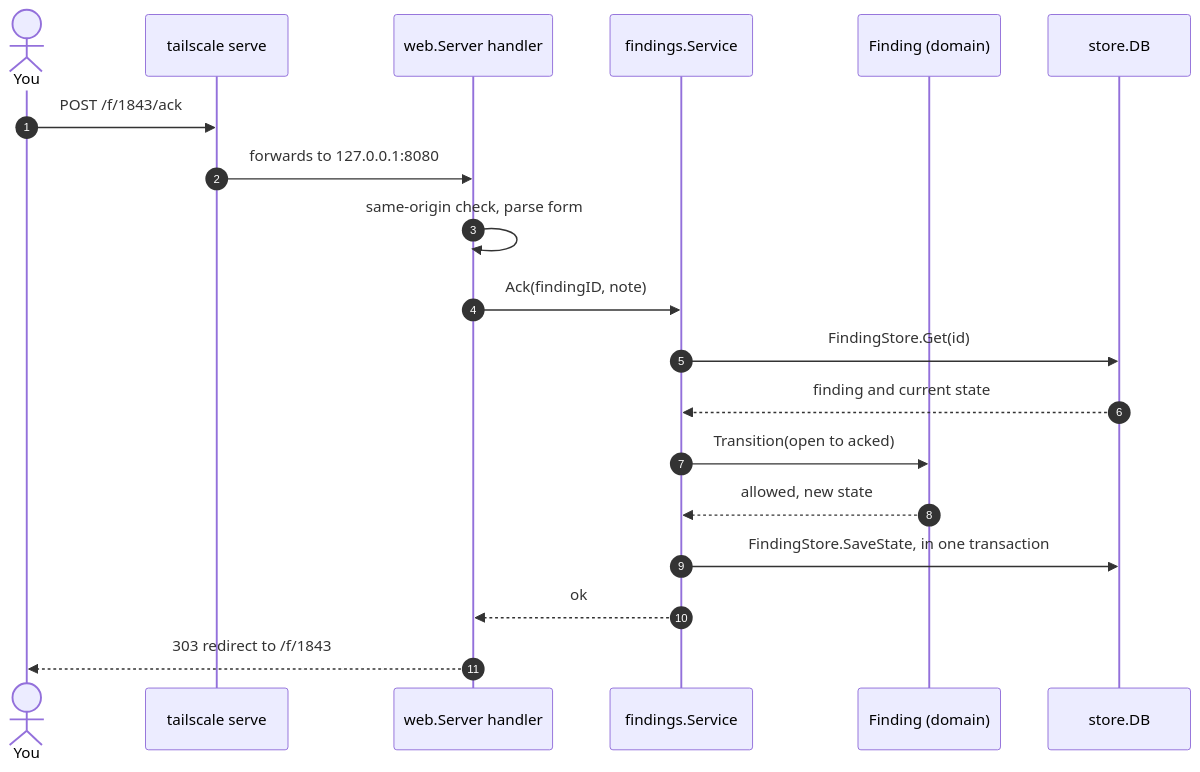
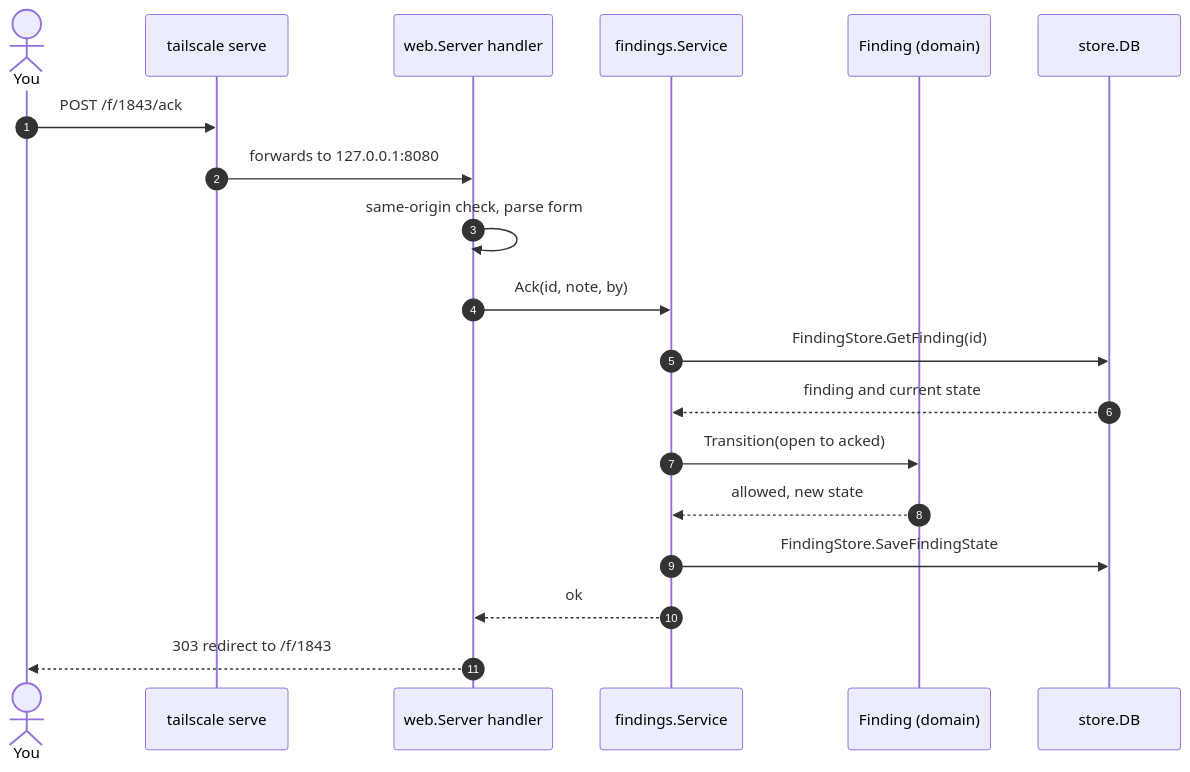
Before and after one commit to Amrit-Code/upstreamwatch: the third of 4 diagrams in docs/architecture.md, drawn with Mermaid. The commit also changed other lines of this file and 7 other files, not shown here.

````diff
--- a/docs/architecture.md
+++ b/docs/architecture.md
@@ -233,21 +239,21 @@
 ```mermaid
 sequenceDiagram
   autonumber
   actor You
   participant TS as tailscale serve
   participant H as web.Server handler
   participant F as findings.Service
   participant D as Finding (domain)
   participant S as store.DB
   You->>TS: POST /f/1843/ack
   TS->>H: forwards to 127.0.0.1:8080
   H->>H: same-origin check, parse form
-  H->>F: Ack(findingID, note)
-  F->>S: FindingStore.Get(id)
+  H->>F: Ack(id, note, by)
+  F->>S: FindingStore.GetFinding(id)
   S-->>F: finding and current state
   F->>D: Transition(open to acked)
   D-->>F: allowed, new state
-  F->>S: FindingStore.SaveState, in one transaction
+  F->>S: FindingStore.SaveFindingState
   F-->>H: ok
   H-->>You: 303 redirect to /f/1843
 ```
````
